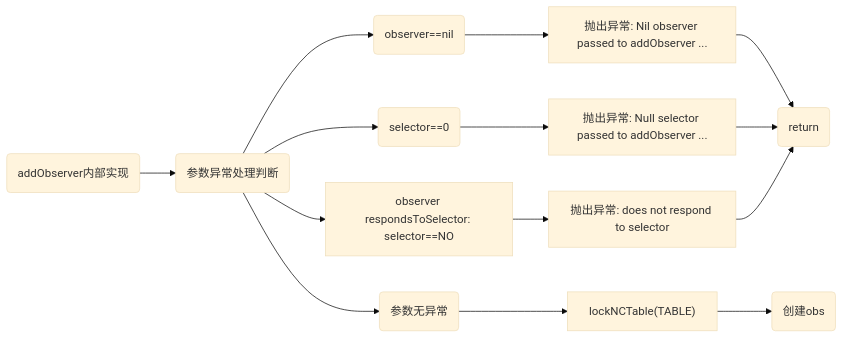
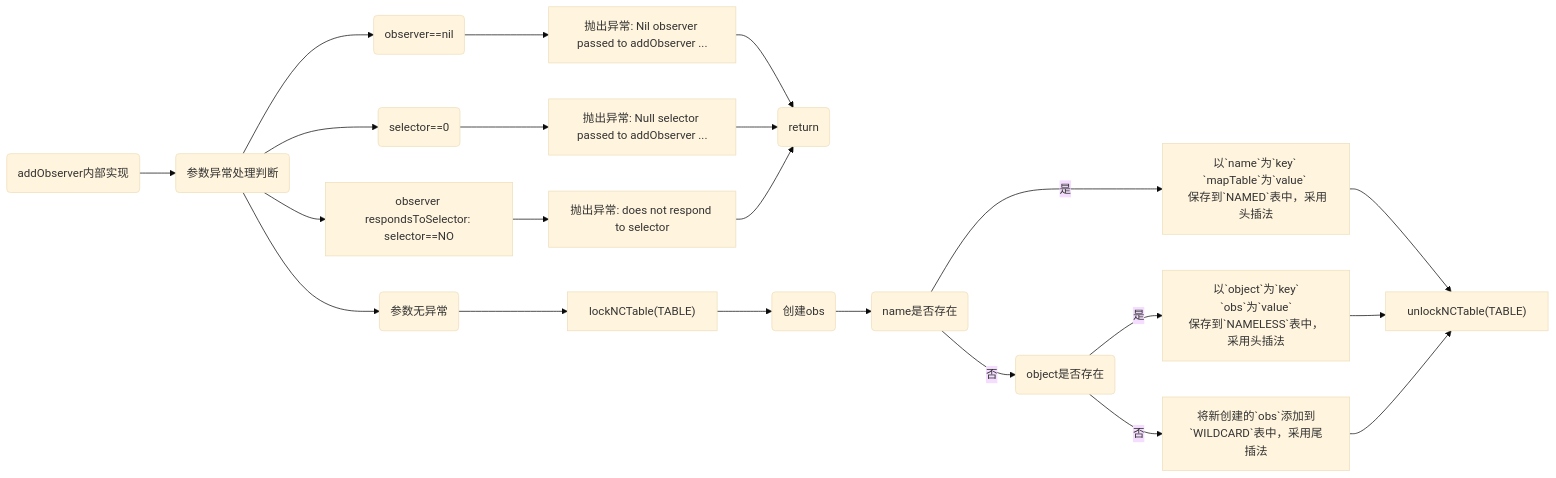
The third of 3 diagrams in Blogs/iOS/10-NSNotificationCenter.md (i-stack/STSourceCodeProject), drawn with Mermaid (base theme) before and after one commit.

````diff
--- a/Blogs/iOS/10-NSNotificationCenter.md
+++ b/Blogs/iOS/10-NSNotificationCenter.md
@@ -229,18 +229,31 @@
 ```mermaid
 graph LR
 
 addObserver(addObserver内部实现)
 exception(参数异常处理判断)
 hasNoException(参数无异常)
 return(return)
 lockTable["lockNCTable(TABLE)"]
+unlockTable["unlockNCTable(TABLE)"]
+
 newObs(创建obs)
+name(name是否存在)
+object(object是否存在)
 
+NAMED["以`name`为`key` <br/>`mapTable`为`value` <br/> 保存到`NAMED`表中，采用头插法"]
+NEMELESS["以`object`为`key`<br/>`obs`为`value`<br/>保存到`NAMELESS`表中，采用头插法"]
+WILDCARD["将新创建的`obs`添加到`WILDCARD`表中，采用尾插法"]
 
 addObserver-->exception
 
 exception-->a(observer==nil)-->aa["抛出异常: Nil observer passed to addObserver ..."]-->return
 exception-->b(selector==0)-->bb["抛出异常: Null selector passed to addObserver ..."]-->return
 exception-->c["observer respondsToSelector: selector==NO"]-->cc["抛出异常: does not respond to selector"]-->return
-exception-->hasNoException-->lockTable-->newObs
+exception-->hasNoException-->lockTable-->newObs-->name
+
+name-->|是|NAMED-->unlockTable
+name-->|否|object
+
+object-->|是|NEMELESS-->unlockTable
+object-->|否|WILDCARD-->unlockTable
 ```
````
